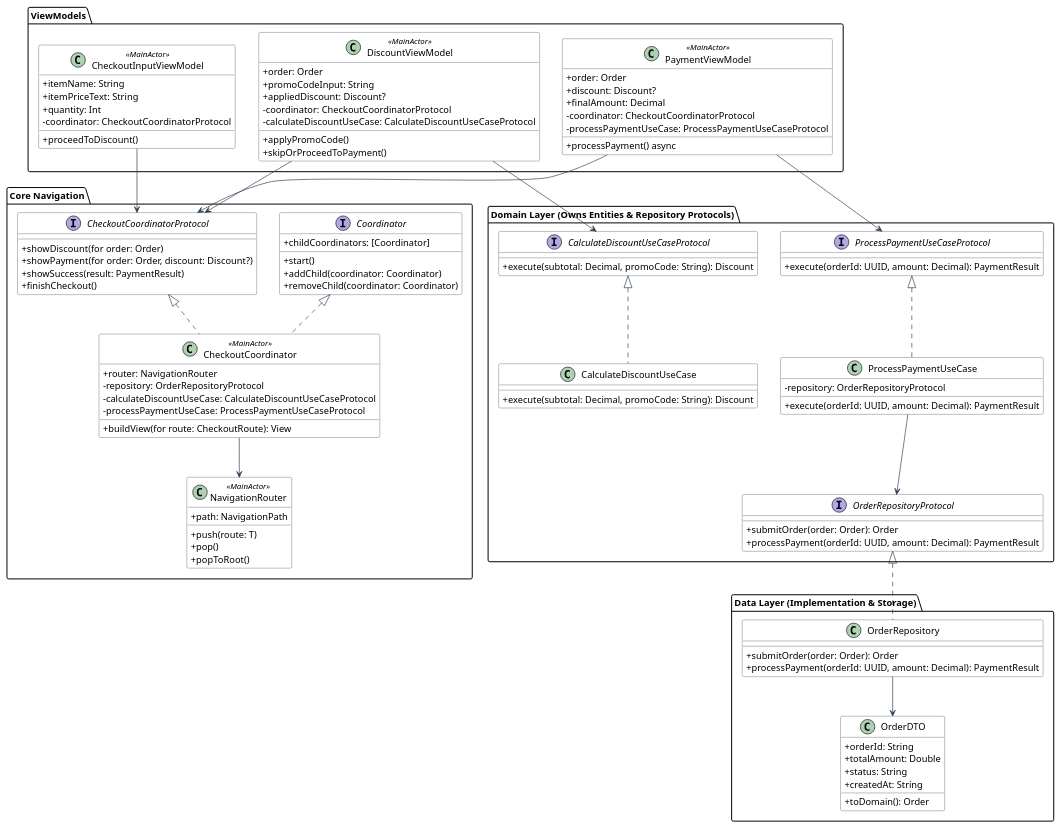
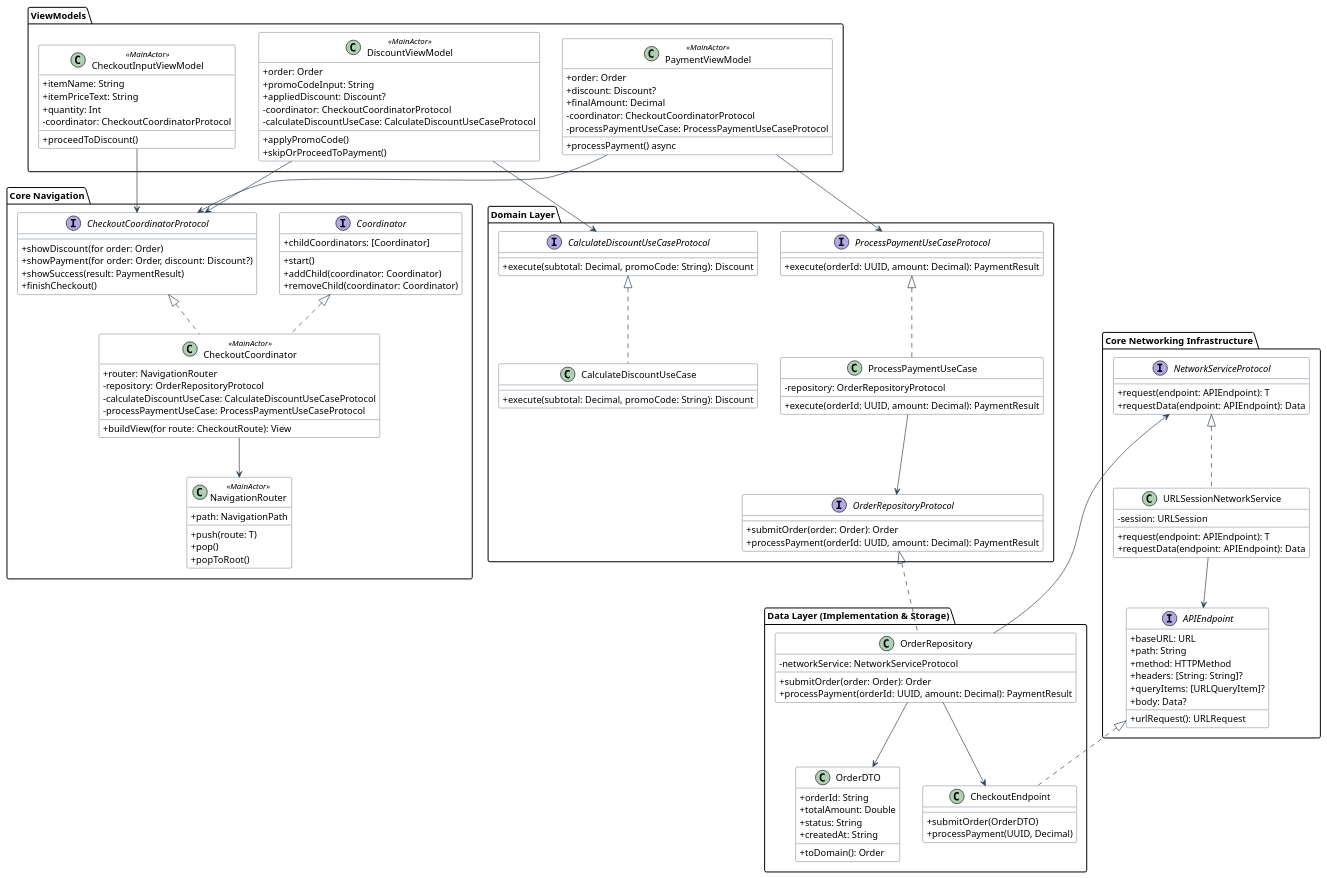
The diagram in Diagrams/02_class_diagram.puml (lwrnczeng/MVVMC-Blueprint), drawn with PlantUML before and after one commit. The commit also changed 12 other files, not shown here.

Commit message:
updated with networking service

```diff
--- a/Diagrams/02_class_diagram.puml
+++ b/Diagrams/02_class_diagram.puml
@@ -1,124 +1,159 @@
 @startuml ClassDiagram
 skinparam classAttributeIconSize 0
 skinparam class {
     BackgroundColor White
     ArrowColor #2C3E50
     BorderColor #2C3E50
 }
 
 package "Core Navigation" {
     interface Coordinator {
         +childCoordinators: [Coordinator]
         +start()
         +addChild(coordinator: Coordinator)
         +removeChild(coordinator: Coordinator)
     }
 
     class NavigationRouter << MainActor >> {
         +path: NavigationPath
         +push(route: T)
         +pop()
         +popToRoot()
     }
 
     interface CheckoutCoordinatorProtocol {
         +showDiscount(for order: Order)
         +showPayment(for order: Order, discount: Discount?)
         +showSuccess(result: PaymentResult)
         +finishCheckout()
     }
 
     class CheckoutCoordinator << MainActor >> {
         +router: NavigationRouter
         -repository: OrderRepositoryProtocol
         -calculateDiscountUseCase: CalculateDiscountUseCaseProtocol
         -processPaymentUseCase: ProcessPaymentUseCaseProtocol
         +buildView(for route: CheckoutRoute): View
     }
 
     Coordinator <|.. CheckoutCoordinator
     CheckoutCoordinatorProtocol <|.. CheckoutCoordinator
     CheckoutCoordinator --> NavigationRouter
 }
 
+package "Core Networking Infrastructure" {
+    interface APIEndpoint {
+        +baseURL: URL
+        +path: String
+        +method: HTTPMethod
+        +headers: [String: String]?
+        +queryItems: [URLQueryItem]?
+        +body: Data?
+        +urlRequest(): URLRequest
+    }
+
+    interface NetworkServiceProtocol {
+        +request(endpoint: APIEndpoint): T
+        +requestData(endpoint: APIEndpoint): Data
+    }
+
+    class URLSessionNetworkService {
+        -session: URLSession
+        +request(endpoint: APIEndpoint): T
+        +requestData(endpoint: APIEndpoint): Data
+    }
+
+    NetworkServiceProtocol <|.. URLSessionNetworkService
+    URLSessionNetworkService --> APIEndpoint
+}
+
 package "ViewModels" {
     class CheckoutInputViewModel << MainActor >> {
         +itemName: String
         +itemPriceText: String
         +quantity: Int
         -coordinator: CheckoutCoordinatorProtocol
         +proceedToDiscount()
     }
 
     class DiscountViewModel << MainActor >> {
         +order: Order
         +promoCodeInput: String
         +appliedDiscount: Discount?
         -coordinator: CheckoutCoordinatorProtocol
         -calculateDiscountUseCase: CalculateDiscountUseCaseProtocol
         +applyPromoCode()
         +skipOrProceedToPayment()
     }
 
     class PaymentViewModel << MainActor >> {
         +order: Order
         +discount: Discount?
         +finalAmount: Decimal
         -coordinator: CheckoutCoordinatorProtocol
         -processPaymentUseCase: ProcessPaymentUseCaseProtocol
         +processPayment() async
     }
 
     CheckoutInputViewModel --> CheckoutCoordinatorProtocol
     DiscountViewModel --> CheckoutCoordinatorProtocol
     PaymentViewModel --> CheckoutCoordinatorProtocol
 }
 
-package "Domain Layer (Owns Entities & Repository Protocols)" {
+package "Domain Layer" {
     interface OrderRepositoryProtocol {
         +submitOrder(order: Order): Order
         +processPayment(orderId: UUID, amount: Decimal): PaymentResult
     }
 
     interface CalculateDiscountUseCaseProtocol {
         +execute(subtotal: Decimal, promoCode: String): Discount
     }
 
     interface ProcessPaymentUseCaseProtocol {
         +execute(orderId: UUID, amount: Decimal): PaymentResult
     }
 
     class CalculateDiscountUseCase {
         +execute(subtotal: Decimal, promoCode: String): Discount
     }
 
     class ProcessPaymentUseCase {
         -repository: OrderRepositoryProtocol
         +execute(orderId: UUID, amount: Decimal): PaymentResult
     }
 
     CalculateDiscountUseCaseProtocol <|.. CalculateDiscountUseCase
     ProcessPaymentUseCaseProtocol <|.. ProcessPaymentUseCase
     DiscountViewModel --> CalculateDiscountUseCaseProtocol
     PaymentViewModel --> ProcessPaymentUseCaseProtocol
     ProcessPaymentUseCase --> OrderRepositoryProtocol
 }
 
 package "Data Layer (Implementation & Storage)" {
     class OrderRepository {
+        -networkService: NetworkServiceProtocol
         +submitOrder(order: Order): Order
         +processPayment(orderId: UUID, amount: Decimal): PaymentResult
+    }
+
+    class CheckoutEndpoint {
+        +submitOrder(OrderDTO)
+        +processPayment(UUID, Decimal)
     }
 
     class OrderDTO {
         +orderId: String
         +totalAmount: Double
         +status: String
         +createdAt: String
         +toDomain(): Order
     }
 
     OrderRepositoryProtocol <|.. OrderRepository
+    APIEndpoint <|.. CheckoutEndpoint
+    OrderRepository --> NetworkServiceProtocol
+    OrderRepository --> CheckoutEndpoint
     OrderRepository --> OrderDTO
 }
 @enduml
```
